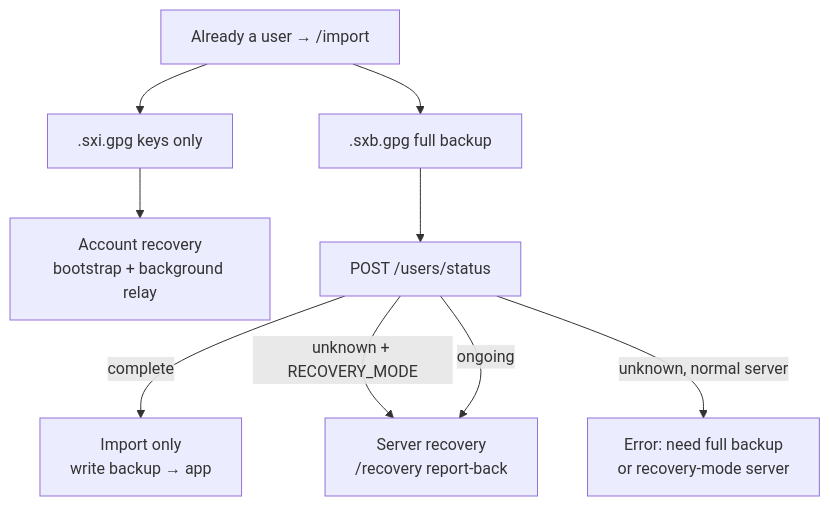
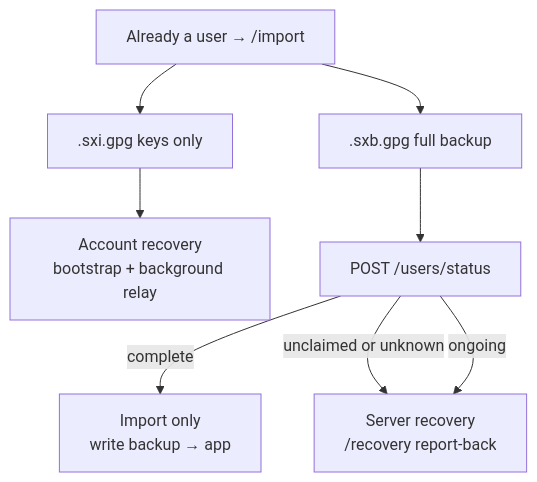
One commit to var0xyz/syrinx changed the diagram in docs/identity.md. Above: the diagram before and after it, drawn with Mermaid. The commit also changed other lines of this file and 29 other files, not shown here.

````diff
--- a/docs/identity.md
+++ b/docs/identity.md
@@ -88,20 +88,18 @@
 ```mermaid
 flowchart TD
   entry["Already a user → /import"]
   keys[".sxi.gpg keys only"]
   full[".sxb.gpg full backup"]
   acctRec["Account recovery\nbootstrap + background relay"]
   probe["POST /users/status"]
   importOk["Import only\nwrite backup → app"]
   recFlow["Server recovery\n/recovery report-back"]
-  fail["Error: need full backup\nor recovery-mode server"]
 
   entry --> keys
   entry --> full
   keys --> acctRec
   full --> probe
   probe -->|complete| importOk
-  probe -->|unknown + RECOVERY_MODE| recFlow
+  probe -->|unclaimed or unknown| recFlow
   probe -->|ongoing| recFlow
-  probe -->|unknown, normal server| fail
 ```
````
